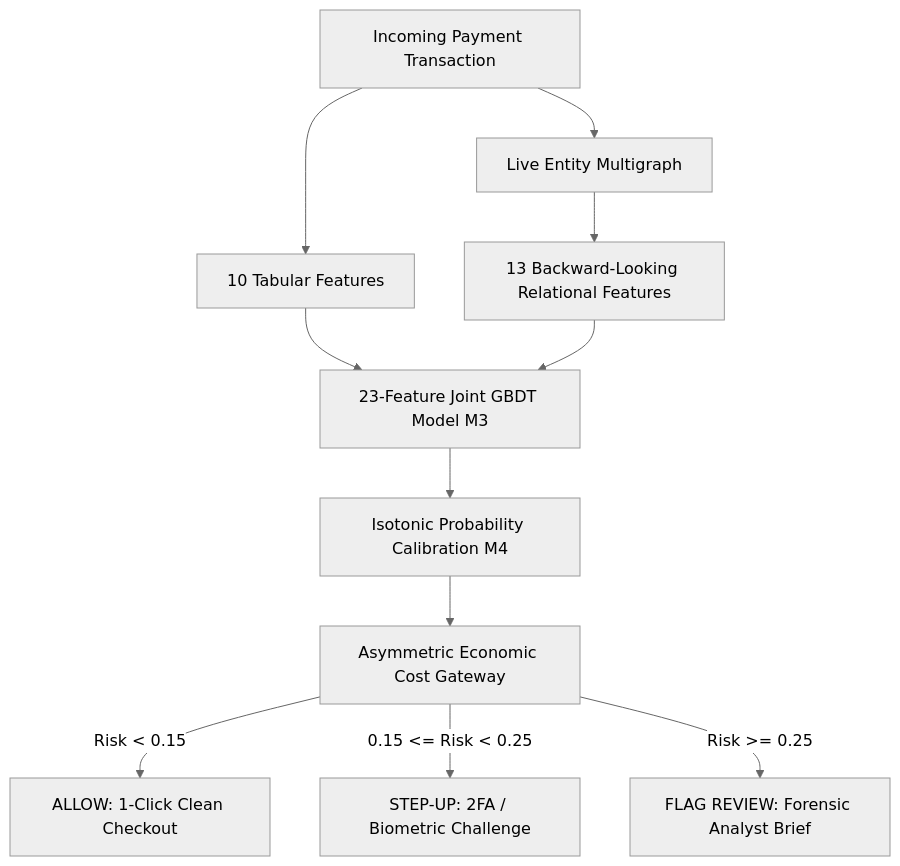
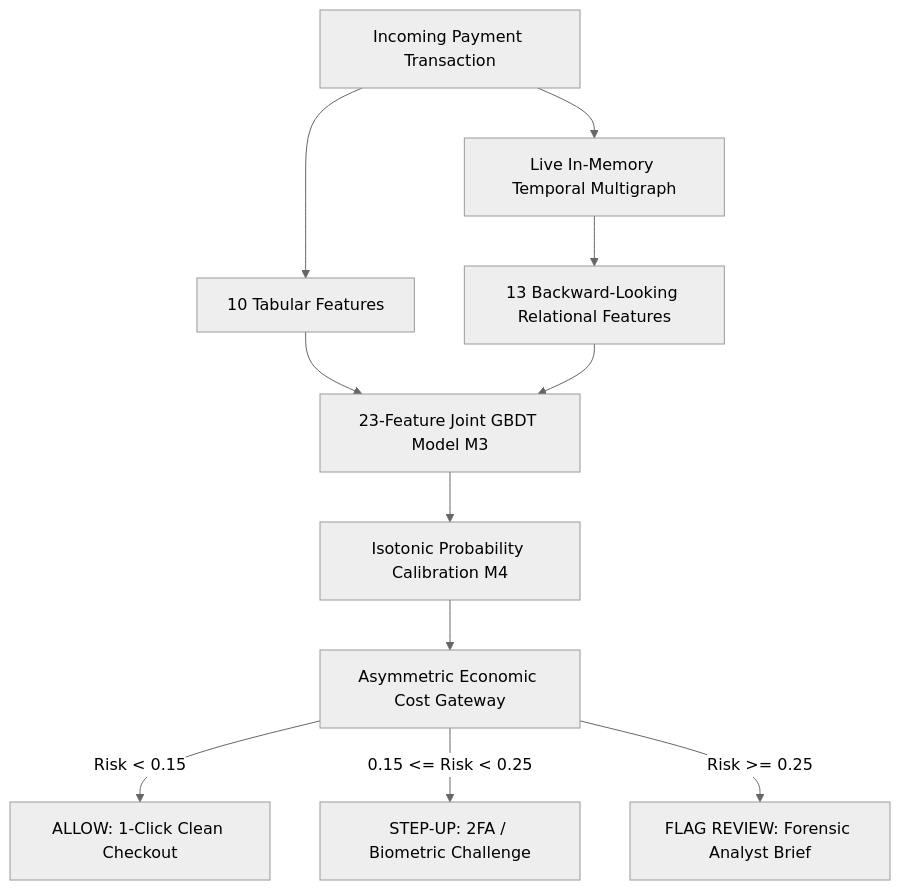
The diagram in README.md (mohit4901/Vyuh), drawn with Mermaid (neutral theme) before and after one commit. The commit also changed other lines of this file and 20 other files, not shown here.

````diff
--- a/README.md
+++ b/README.md
@@ -41,16 +147,16 @@
 ```mermaid
 flowchart TD
     Txn[Incoming Payment Transaction] --> TabFeat[10 Tabular Features]
-    Txn --> GraphFeat[Live Entity Multigraph]
-    GraphFeat --> RelFeat[13 Backward-Looking Relational Features]
+    Txn --> GraphEngine[Live In-Memory Temporal Multigraph]
+    GraphEngine --> RelFeat[13 Backward-Looking Relational Features]
     
     TabFeat --> JointGBDT[23-Feature Joint GBDT Model M3]
     RelFeat --> JointGBDT
     
     JointGBDT --> Calib[Isotonic Probability Calibration M4]
     Calib --> CostGateway[Asymmetric Economic Cost Gateway]
     
     CostGateway -->|Risk < 0.15| Allow[ALLOW: 1-Click Clean Checkout]
     CostGateway -->|0.15 <= Risk < 0.25| StepUp[STEP-UP: 2FA / Biometric Challenge]
     CostGateway -->|Risk >= 0.25| Review[FLAG REVIEW: Forensic Analyst Brief]
 ```
````
